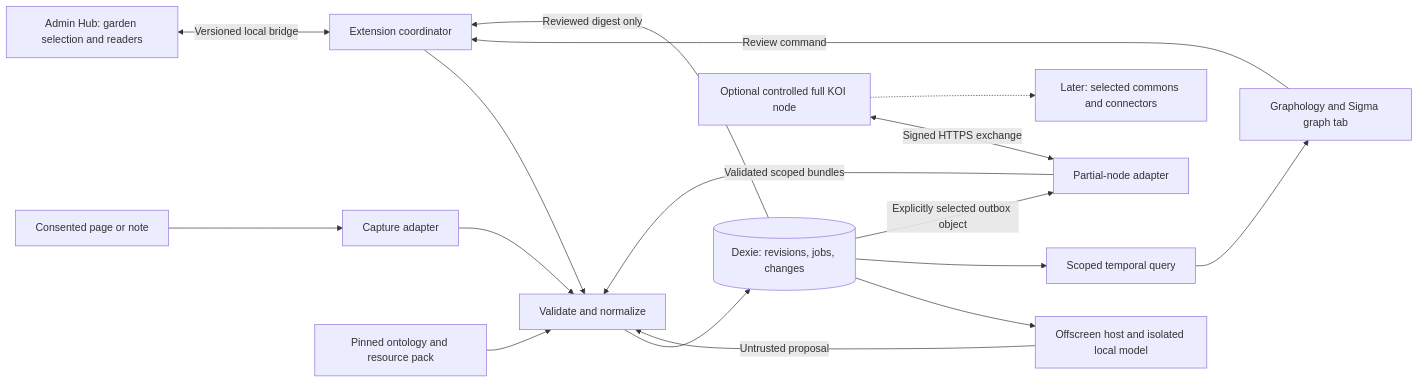
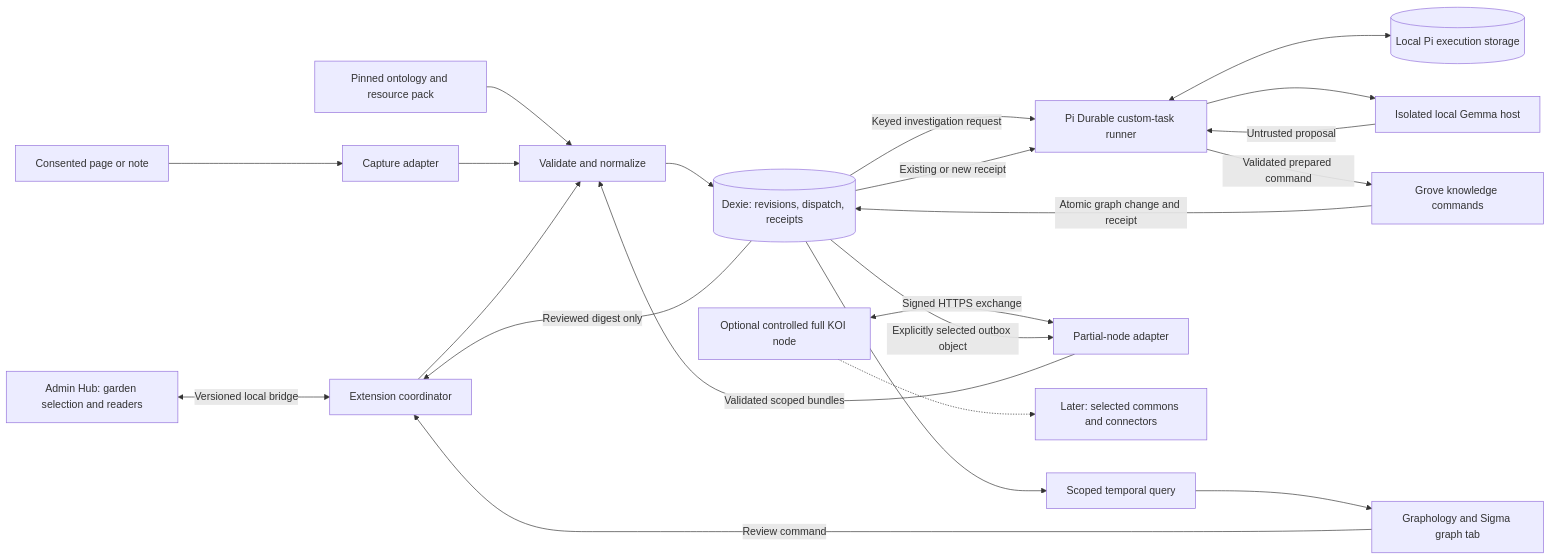
Before and after one commit to greenpill-dev-guild/green-goods: the diagram in .plans/ideas/grove/spec.md, drawn with Mermaid. The commit also changed other lines of this file and 10 other files, not shown here.

Commit message:
docs(agent): integrate Pi Durable into Grove architecture

````diff
--- a/.plans/ideas/grove/spec.md
+++ b/.plans/ideas/grove/spec.md
@@ -68,19 +71,24 @@
 ```mermaid
 flowchart LR
   Hub[Admin Hub: garden selection and readers] <-->|Versioned local bridge| BG[Extension coordinator]
   Page[Consented page or note] --> Capture[Capture adapter]
   Pack[Pinned ontology and resource pack] --> Ingest[Validate and normalize]
   Capture --> Ingest
   BG --> Ingest
-  Ingest --> DB[(Dexie: revisions, jobs, changes)]
-  DB --> Model[Offscreen host and isolated local model]
-  Model -->|Untrusted proposal| Ingest
+  Ingest --> DB[(Dexie: revisions, dispatch, receipts)]
+  DB -->|Keyed investigation request| Runner[Pi Durable custom-task runner]
+  Runner <--> PS[(Local Pi execution storage)]
+  Runner --> Model[Isolated local Gemma host]
+  Model -->|Untrusted proposal| Runner
+  Runner -->|Validated prepared command| Command[Grove knowledge commands]
+  Command -->|Atomic graph change and receipt| DB
+  DB -->|Existing or new receipt| Runner
   DB --> Query[Scoped temporal query]
   Query --> Graph[Graphology and Sigma graph tab]
   Graph -->|Review command| BG
   DB -->|Reviewed digest only| BG
   Peer[Optional controlled full KOI node] <-->|Signed HTTPS exchange| KOI[Partial-node adapter]
   KOI -->|Validated scoped bundles| Ingest
   DB -->|Explicitly selected outbox object| KOI
   Peer -.-> Commons[Later: selected commons and connectors]
 ```
````
